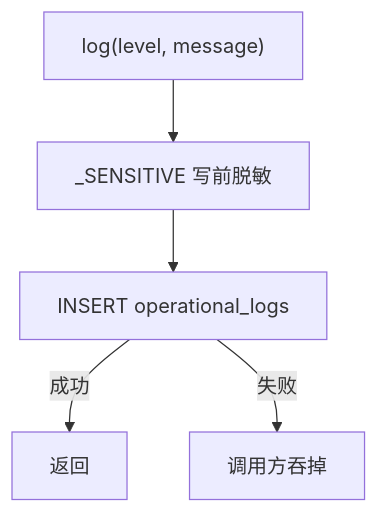
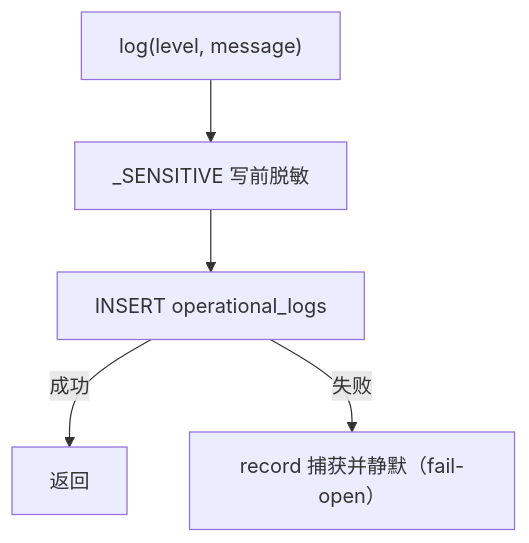
One commit to corezilla/LLMTier changed the diagram in docs/50_implementation_design/log.isd.md. Above: the diagram before and after it, drawn with Mermaid. The commit also changed other lines of this file and 17 other files, not shown here.

````diff
--- a/docs/50_implementation_design/log.isd.md
+++ b/docs/50_implementation_design/log.isd.md
@@ -379,7 +388,7 @@
 ```mermaid
 flowchart TD
     A["log(level, message)"] --> B["_SENSITIVE 写前脱敏"]
     B --> C["INSERT operational_logs"]
     C -->|成功| D["返回"]
-    C -->|失败| E["调用方吞掉"]
+    C -->|失败| E["record 捕获并静默（fail-open）"]
 ```
````
